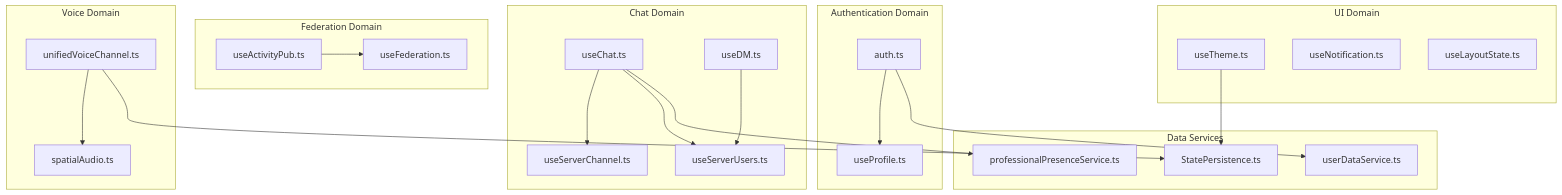
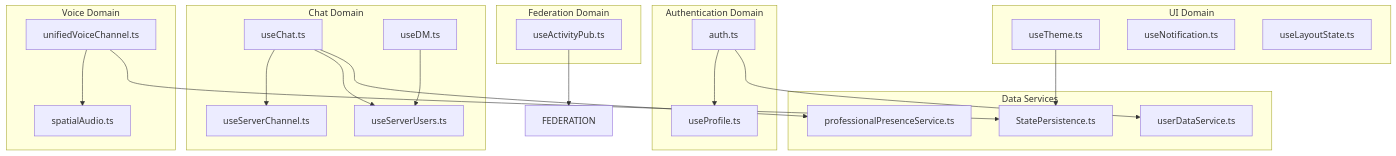
The diagram in docs/STATE_MANAGEMENT.md (y4my4my4m/harmony), drawn with Mermaid before and after one commit. The commit also changed other lines of this file and 77 other files, not shown here.

````diff
--- a/docs/STATE_MANAGEMENT.md
+++ b/docs/STATE_MANAGEMENT.md
@@ -9,48 +9,47 @@
 ```mermaid
 graph TB
     subgraph "Authentication Domain"
         AUTH[auth.ts]
         PROFILE[useProfile.ts]
     end
     
     subgraph "Chat Domain"
         CHAT[useChat.ts]
         DM[useDM.ts]
         SERVERS[useServerChannel.ts]
         USERS[useServerUsers.ts]
     end
     
     subgraph "Voice Domain"
         VOICE[unifiedVoiceChannel.ts]
         SPATIAL[spatialAudio.ts]
     end
     
     subgraph "Federation Domain"
         ACTIVITYPUB[useActivityPub.ts]
-        FEDERATION[useFederation.ts]
     end
     
     subgraph "UI Domain"
         THEME[useTheme.ts]
         NOTIFICATION[useNotification.ts]
         LAYOUT[useLayoutState.ts]
     end
     
     subgraph "Data Services"
         PERSISTENCE[StatePersistence.ts]
         USER_DATA[userDataService.ts]
         PRESENCE[professionalPresenceService.ts]
     end
     
     AUTH --> PROFILE
     CHAT --> SERVERS
     CHAT --> USERS
     DM --> USERS
     VOICE --> SPATIAL
     ACTIVITYPUB --> FEDERATION
     
     AUTH --> USER_DATA
     CHAT --> PRESENCE
     VOICE --> PERSISTENCE
     THEME --> PERSISTENCE
 ```
````
